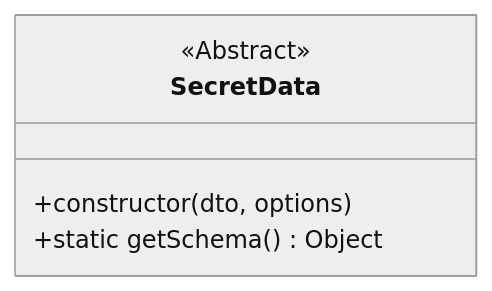
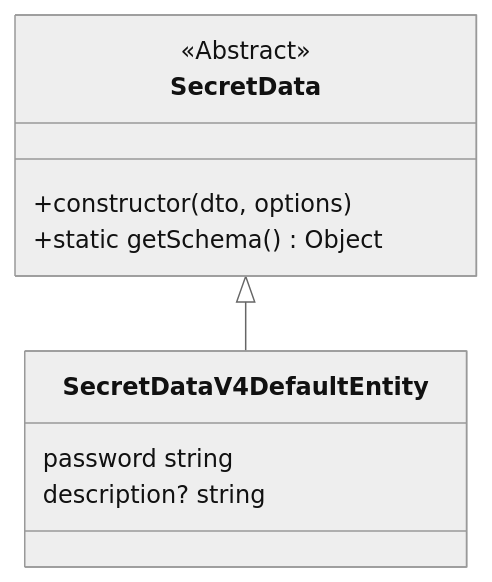
Before and after one commit to passbolt/passbolt_styleguide: the diagram in doc/secret-data-entity.md, drawn with Mermaid. The commit also changed 3 other files, not shown here.

Commit message:
Feature/pb 39026 wp6 22 create secret data v4 default entity

````diff
--- a/doc/secret-data-entity.md
+++ b/doc/secret-data-entity.md
@@ -1,10 +1,18 @@
 ```mermaid
 %%{init: {'theme':'neutral'}}%%
 classDiagram
 
     class SecretData {
         <<Abstract>>
         +constructor(dto, options)
         +static getSchema() Object
     }
+
+    class SecretDataV4DefaultEntity {
+        password string
+        description? string
+    }
+
+    SecretData <|-- SecretDataV4DefaultEntity
+
 ```
````
